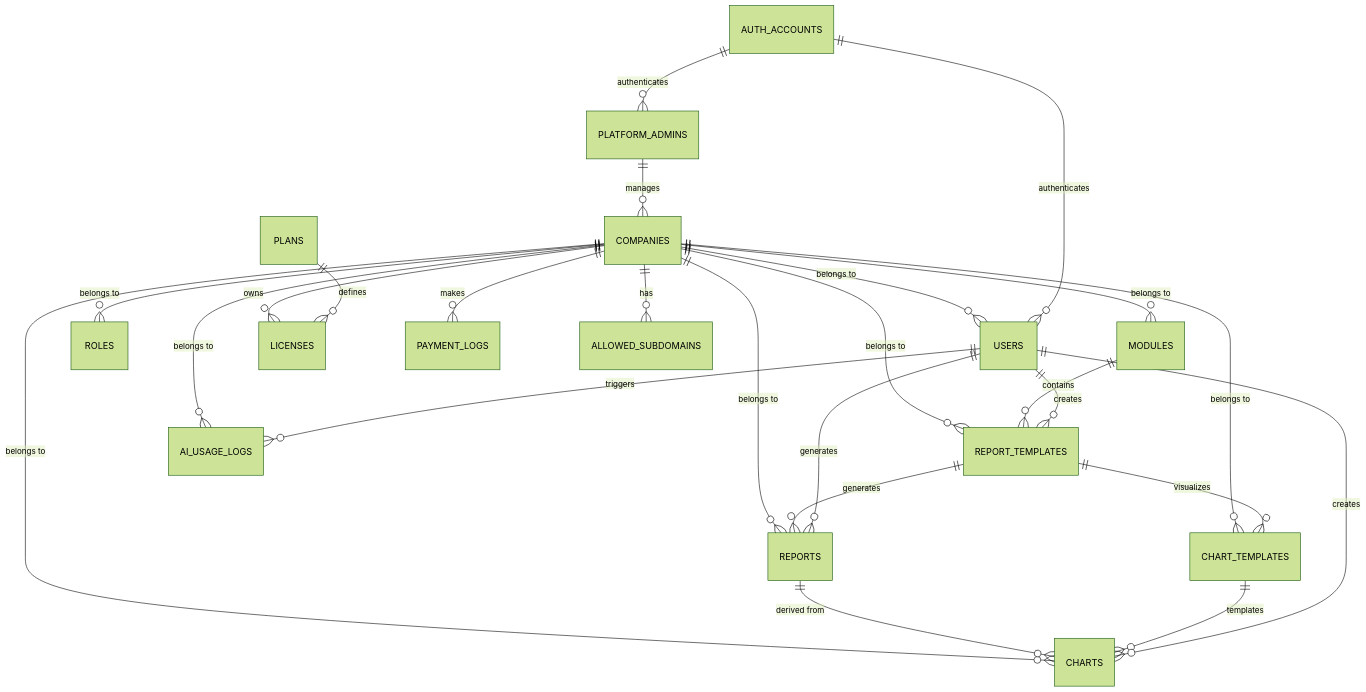
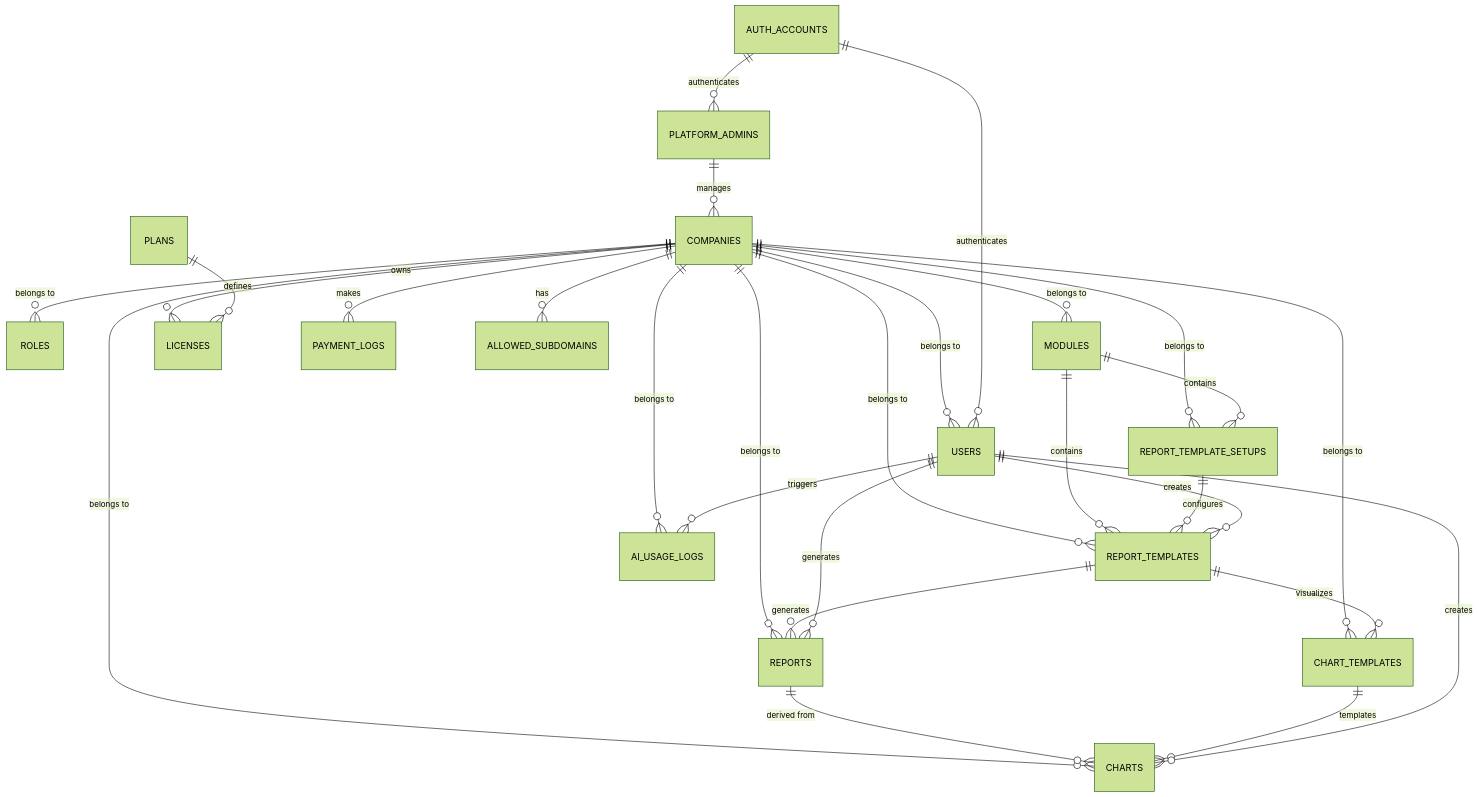
The diagram in ai-workspace/docs/db-architecture.md (BasudevBharatBhushan/kibiai), drawn with Mermaid (forest theme) before and after one commit. The commit also changed other lines of this file and 30 other files, not shown here.

````diff
--- a/ai-workspace/docs/db-architecture.md
+++ b/ai-workspace/docs/db-architecture.md
@@ -27,28 +27,31 @@
 ```mermaid
 erDiagram
     COMPANIES ||--o{ USERS : "belongs to"
     COMPANIES ||--o{ ROLES : "belongs to"
     COMPANIES ||--o{ MODULES : "belongs to"
+    COMPANIES ||--o{ REPORT_TEMPLATE_SETUPS : "belongs to"
     COMPANIES ||--o{ REPORT_TEMPLATES : "belongs to"
     COMPANIES ||--o{ REPORTS : "belongs to"
     COMPANIES ||--o{ CHART_TEMPLATES : "belongs to"
     COMPANIES ||--o{ CHARTS : "belongs to"
     COMPANIES ||--o{ AI_USAGE_LOGS : "belongs to"
     COMPANIES ||--o{ LICENSES : "owns"
     COMPANIES ||--o{ PAYMENT_LOGS : "makes"
     COMPANIES ||--o{ ALLOWED_SUBDOMAINS : "has"
     PLATFORM_ADMINS ||--o{ COMPANIES : "manages"
     AUTH_ACCOUNTS ||--o{ USERS : "authenticates"
     AUTH_ACCOUNTS ||--o{ PLATFORM_ADMINS : "authenticates"
 
+    MODULES ||--o{ REPORT_TEMPLATE_SETUPS : "contains"
     MODULES ||--o{ REPORT_TEMPLATES : "contains"
+    REPORT_TEMPLATE_SETUPS ||--o{ REPORT_TEMPLATES : "configures"
     REPORT_TEMPLATES ||--o{ REPORTS : "generates"
     REPORT_TEMPLATES ||--o{ CHART_TEMPLATES : "visualizes"
     REPORTS ||--o{ CHARTS : "derived from"
     CHART_TEMPLATES ||--o{ CHARTS : "templates"
     USERS ||--o{ REPORT_TEMPLATES : "creates"
     USERS ||--o{ REPORTS : "generates"
     USERS ||--o{ CHARTS : "creates"
     USERS ||--o{ AI_USAGE_LOGS : "triggers"
     PLANS ||--o{ LICENSES : "defines"
 ```
````
